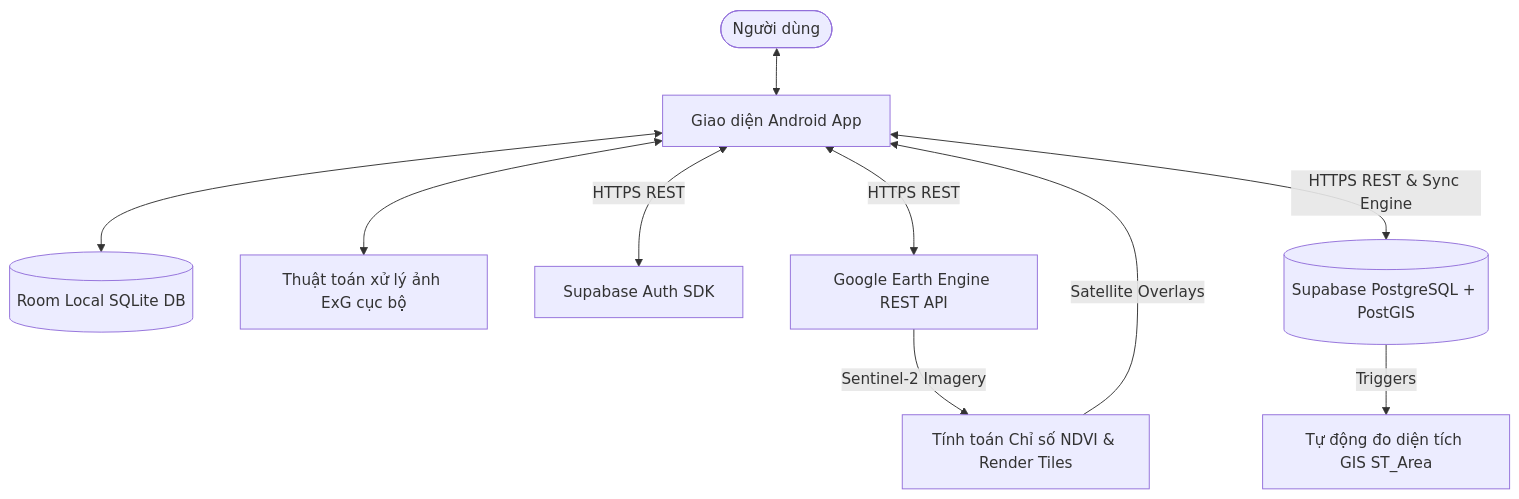
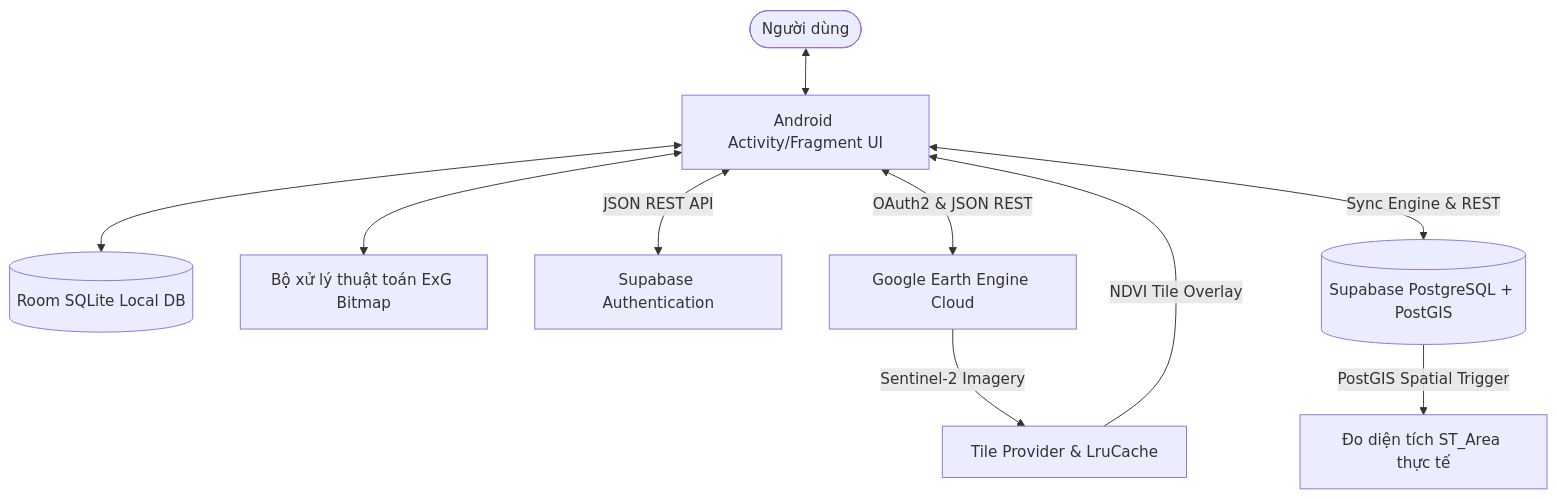
The diagram in README.md (chuvitvang/XimiFarming_MobileGIS), drawn with Mermaid before and after one commit. The commit also changed other lines of this file and 1 other file, not shown here.

````diff
--- a/README.md
+++ b/README.md
@@ -13,16 +29,16 @@
 ```mermaid
 graph TD
-    User([Người dùng]) <--> UI[Giao diện Android App]
-    UI <--> RoomDB[(Room Local SQLite DB)]
-    UI <--> ExG[Thuật toán xử lý ảnh ExG cục bộ]
+    User([Người dùng]) <--> UI[Android Activity/Fragment UI]
+    UI <--> RoomDB[(Room SQLite Local DB)]
+    UI <--> ExGProcessor[Bộ xử lý thuật toán ExG Bitmap]
     
-    %% Các kết nối mạng đám mây
-    UI <-->|HTTPS REST| SupabaseAuth[Supabase Auth SDK]
-    UI <-->|HTTPS REST| GEE[Google Earth Engine REST API]
-    UI <-->|HTTPS REST & Sync Engine| SupabaseDB[(Supabase PostgreSQL + PostGIS)]
+    %% Mạng & Cloud
+    UI <-->|JSON REST API| SupabaseAuth[Supabase Authentication]
+    UI <-->|OAuth2 & JSON REST| GEE[Google Earth Engine Cloud]
+    UI <-->|Sync Engine & REST| SupabaseDB[(Supabase PostgreSQL + PostGIS)]
     
-    %% Chi tiết xử lý đám mây
-    GEE -->|Sentinel-2 Imagery| NDVI[Tính toán Chỉ số NDVI & Render Tiles]
-    NDVI -->|Satellite Overlays| UI
-    SupabaseDB -->|Triggers| AreaCalc[Tự động đo diện tích GIS ST_Area]
+    %% Tác vụ ngầm
+    GEE -->|Sentinel-2 Imagery| EarthEngineTileProvider[Tile Provider & LruCache]
+    EarthEngineTileProvider -->|NDVI Tile Overlay| UI
+    SupabaseDB -->|PostGIS Spatial Trigger| AreaCalc[Đo diện tích ST_Area thực tế]
 ```
````
